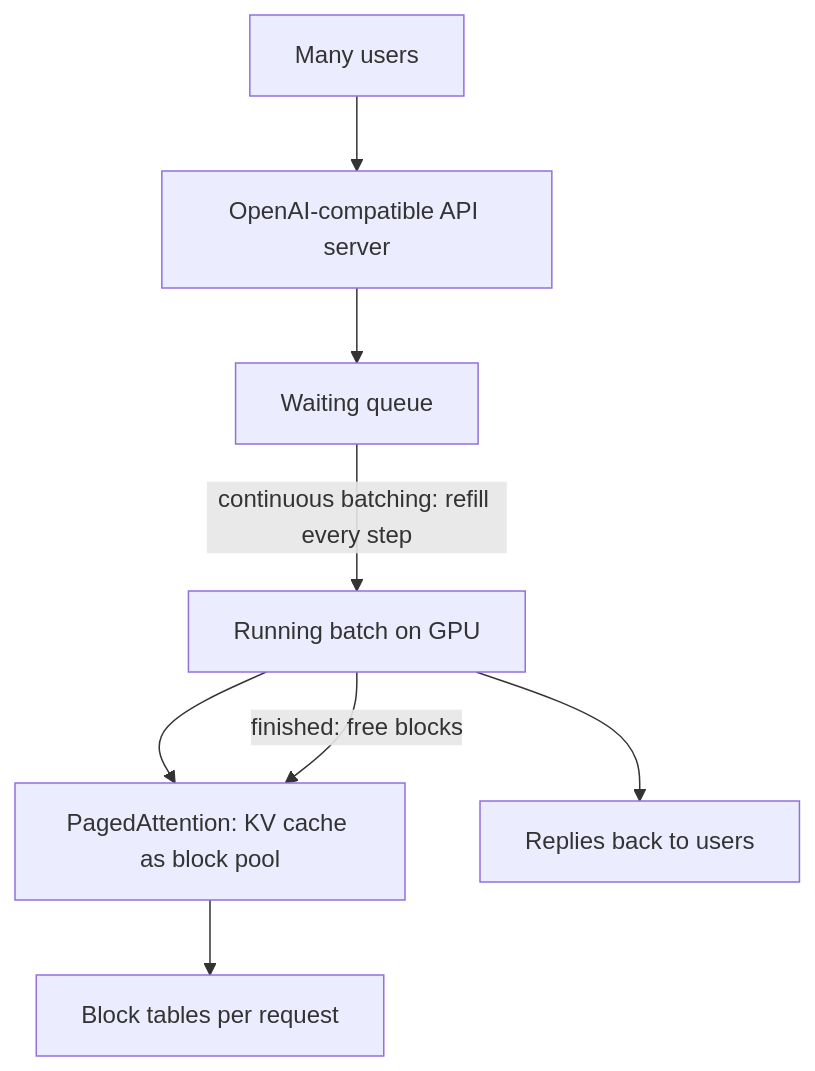
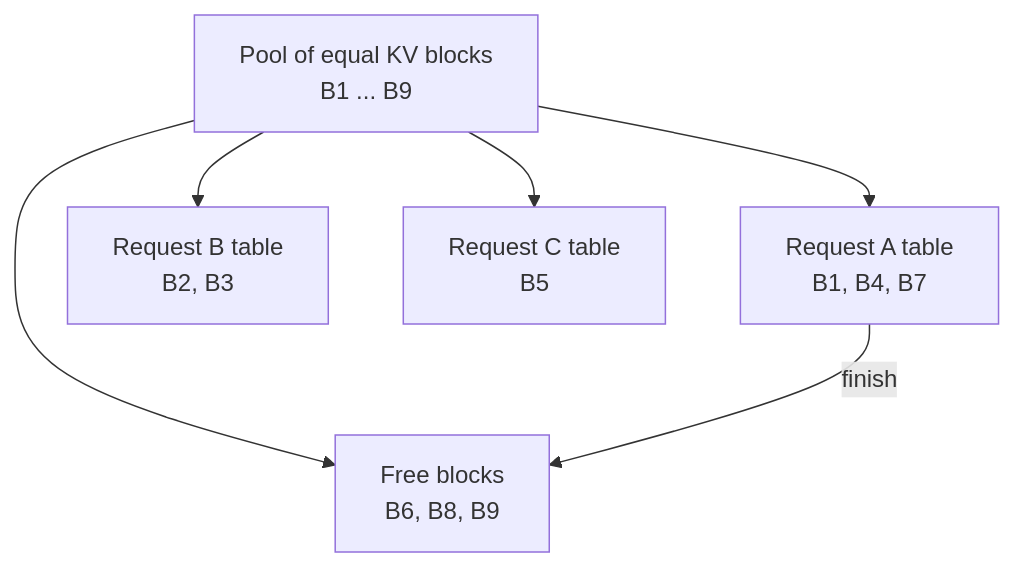
The first of 2 diagrams in notes/step-12-llm-inference-engineering/162-how-does-vllm-work.md (kaisarnajar/outcome-school-blogs), drawn with Mermaid before and after one commit. The commit also changed other lines of this file and 233 other files, not shown here.

````diff
--- a/notes/step-12-llm-inference-engineering/162-how-does-vllm-work.md
+++ b/notes/step-12-llm-inference-engineering/162-how-does-vllm-work.md
@@ -42,10 +54,8 @@
 ```mermaid
 flowchart TD
-    U["Many users"] --> API["OpenAI-compatible API server"]
-    API --> Q["Waiting queue"]
-    Q -->|"continuous batching: refill every step"| B["Running batch on GPU"]
-    B --> P["PagedAttention: KV cache as block pool"]
-    P --> BT["Block tables per request"]
-    B -->|"finished: free blocks"| P
-    B --> R["Replies back to users"]
+    P["Pool of equal KV blocks<br/>B1 ... B9"] --> RA["Request A table<br/>B1, B4, B7"]
+    P --> RB["Request B table<br/>B2, B3"]
+    P --> RC["Request C table<br/>B5"]
+    P --> FR["Free blocks<br/>B6, B8, B9"]
+    RA -->|"finish"| FR
 ```
````
